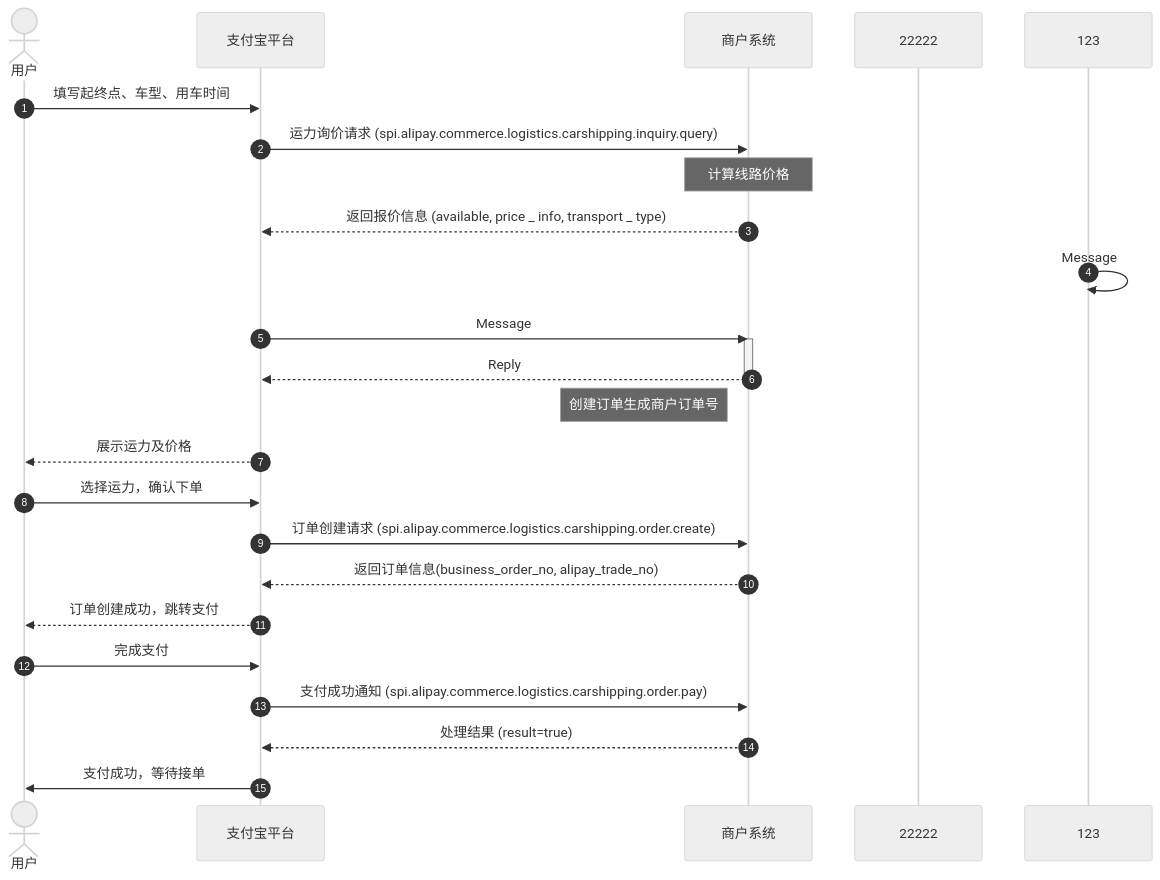
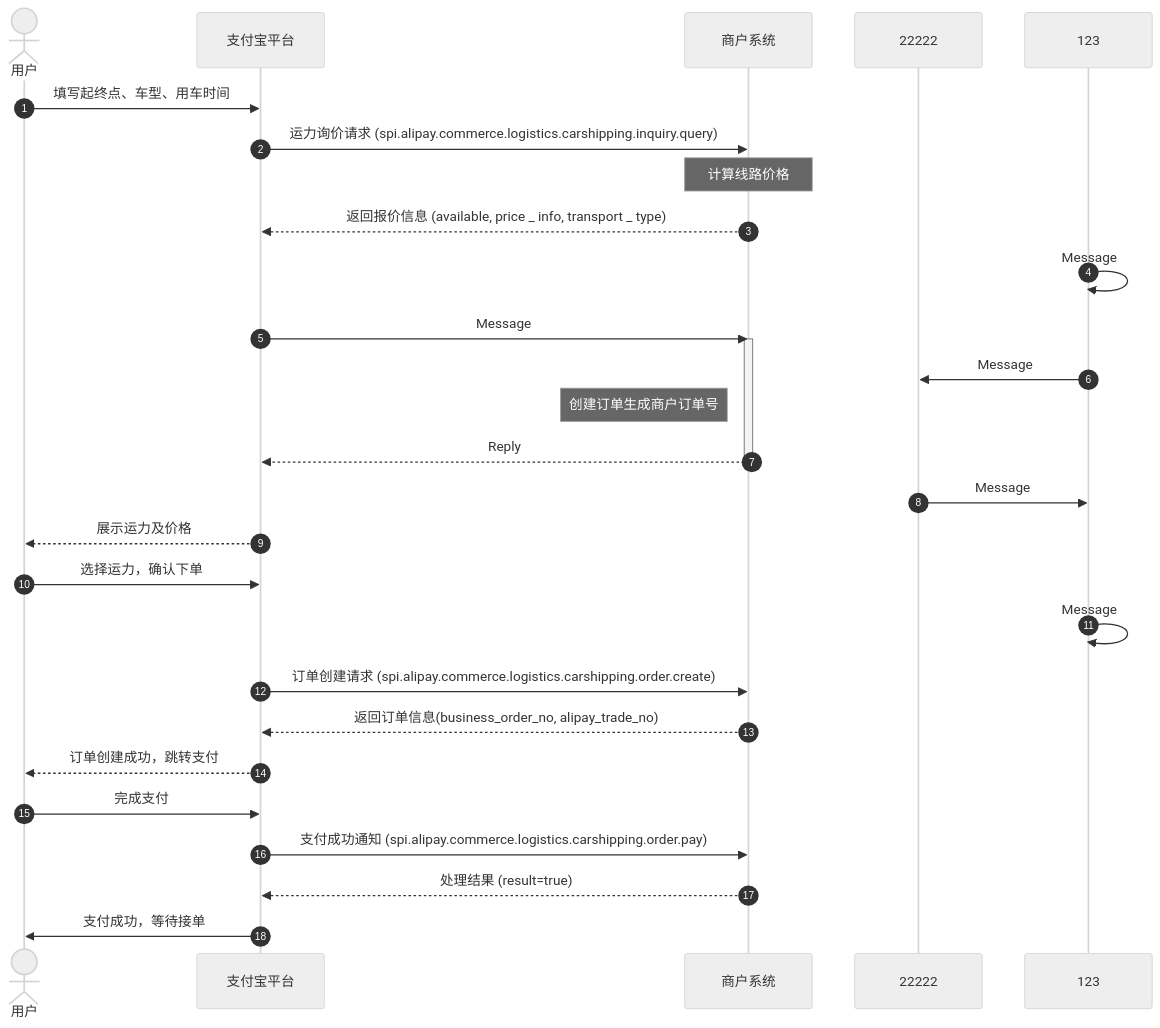
Before and after one commit to pingpm/mermaid_vault: the diagram in notes/test_dba1b258-be6a-414c-9967-aedbcccfa44f.md, drawn with Mermaid (neutral theme). The commit also changed 2 other files, not shown here.

Commit message:
Sync Mermaid Studio data (8 diagrams)

````diff
--- a/notes/test_dba1b258-be6a-414c-9967-aedbcccfa44f.md
+++ b/notes/test_dba1b258-be6a-414c-9967-aedbcccfa44f.md
@@ -3,29 +3,32 @@
 ```mermaid
 sequenceDiagram
   autonumber
   actor p0 as 用户
   participant p1 as 支付宝平台
   participant p2 as 商户系统
   participant p3 as 22222
   participant p4 as 123
   p0->>p1: 填写起终点、⻋型、⽤⻋时间
   p1->>p2: 运⼒询价请求 (spi.alipay.commerce.logistics.carshipping.inquiry.query)
   Note over p2: 计算线路价格
   p2-->>p1: 返回报价信息 (available, price _ info, transport _ type)
   p4->>p4: Message
   p1->>p2: Message
   activate p2
+  p4->>p3: Message
+  Note left of p2: 创建订单⽣成商户订单号
   p2-->>p1: Reply
   deactivate p2
-  Note left of p2: 创建订单⽣成商户订单号
+  p3->>p4: Message
   p1-->>p0: 展示运⼒及价格
   p0->>p1: 选择运⼒，确认下单
+  p4->>p4: Message
   p1->>p2: 订单创建请求 (spi.alipay.commerce.logistics.carshipping.order.create)
   p2-->>p1: 返回订单信息(business_order_no, alipay_trade_no)
   p1-->>p0: 订单创建成功，跳转⽀付
   p0->>p1: 完成⽀付
   p1->>p2: ⽀付成功通知 (spi.alipay.commerce.logistics.carshipping.order.pay)
   p2-->>p1: 处理结果 (result=true)
   p1->>p0: ⽀付成功，等待接单
 
 ```
````
